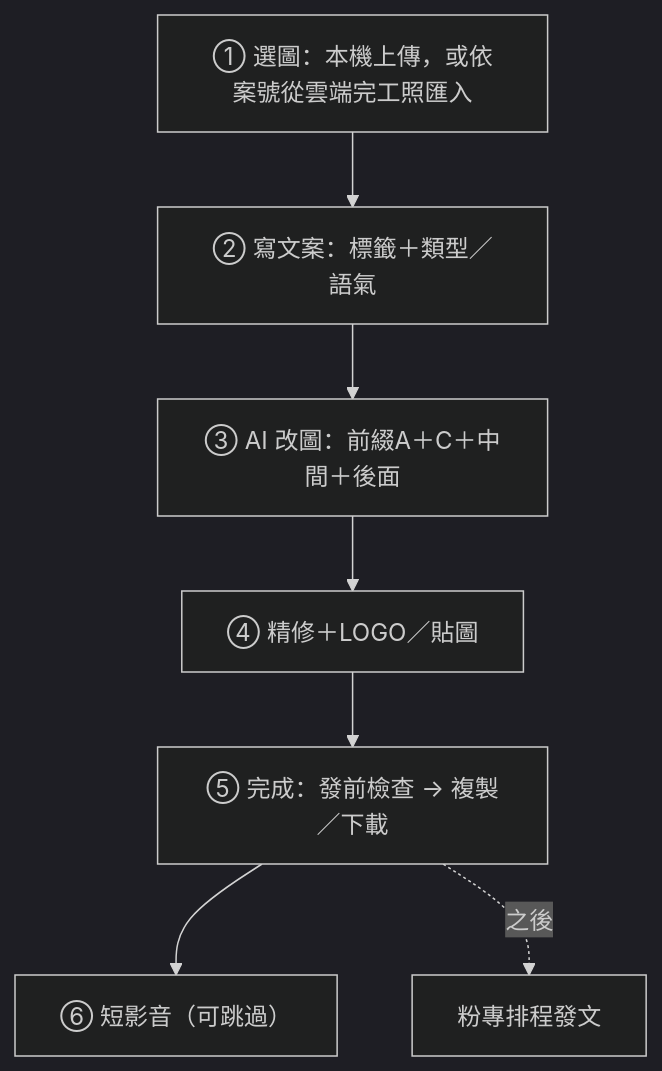
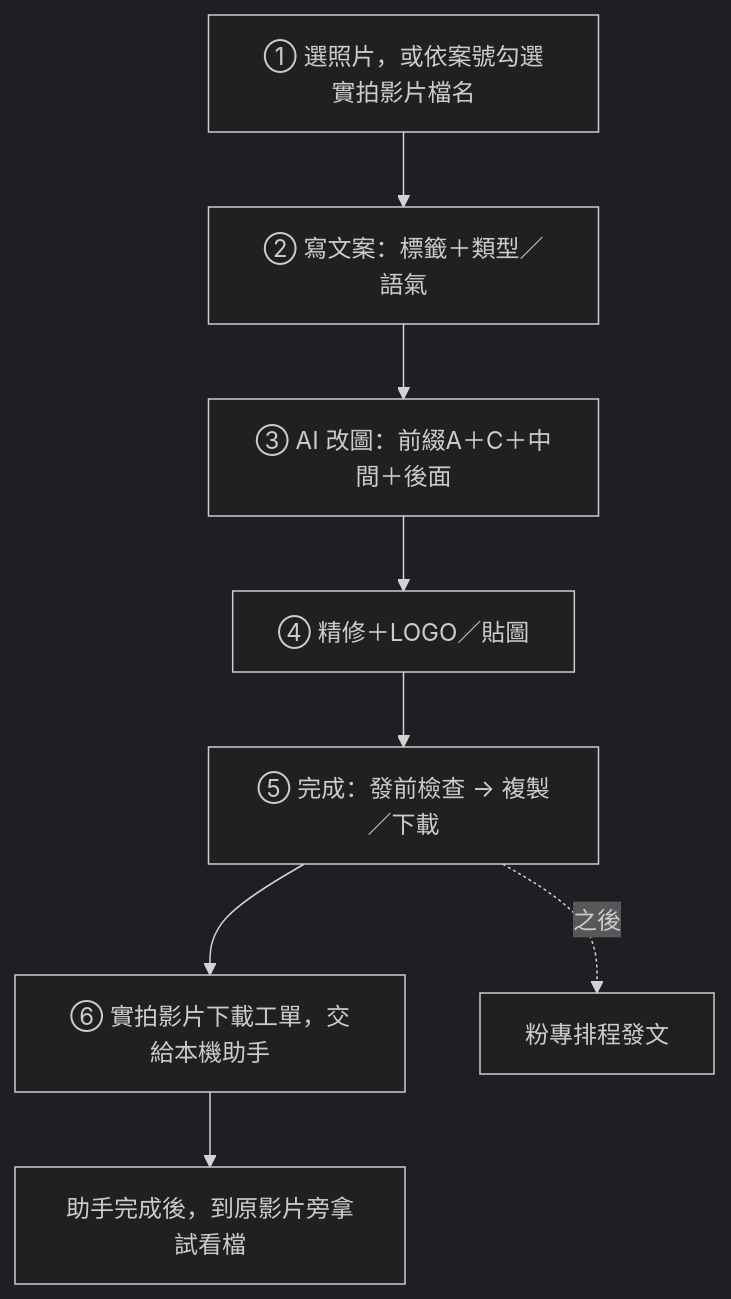
The diagram in SPEC/21_FB_POST_STUDIO_SPEC.md (nephi4377/liff-checkin), drawn with Mermaid (dark theme) before and after one commit. The commit also changed other lines of this file and 14 other files, not shown here.

````diff
--- a/SPEC/21_FB_POST_STUDIO_SPEC.md
+++ b/SPEC/21_FB_POST_STUDIO_SPEC.md
@@ -35,9 +35,10 @@
 ```mermaid
 flowchart TB
-  S1["① 選圖：本機上傳，或依案號從雲端完工照匯入"] --> S2["② 寫文案：標籤＋類型／語氣"]
+  S1["① 選照片，或依案號勾選實拍影片檔名"] --> S2["② 寫文案：標籤＋類型／語氣"]
   S2 --> S3["③ AI 改圖：前綴A＋C＋中間＋後面"]
   S3 --> S4["④ 精修＋LOGO／貼圖"]
   S4 --> S5["⑤ 完成：發前檢查 → 複製／下載"]
-  S5 --> S6["⑥ 短影音（可跳過）"]
+  S5 --> S6["⑥ 實拍影片下載工單，交給本機助手"]
+  S6 --> S7["助手完成後，到原影片旁拿試看檔"]
   S5 -.->|"之後"| Schedule["粉專排程發文"]
 ```
````
